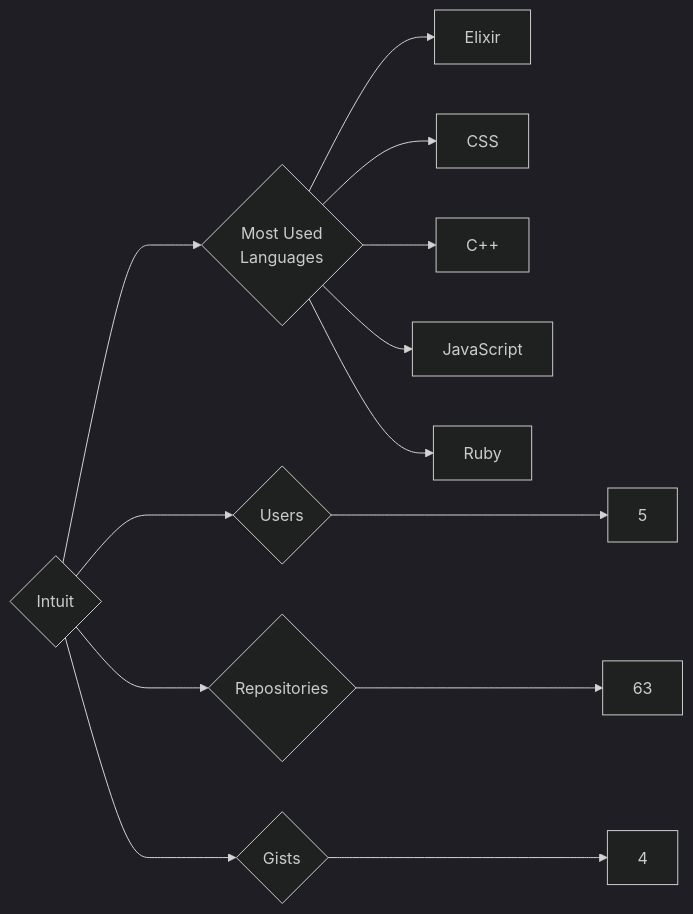
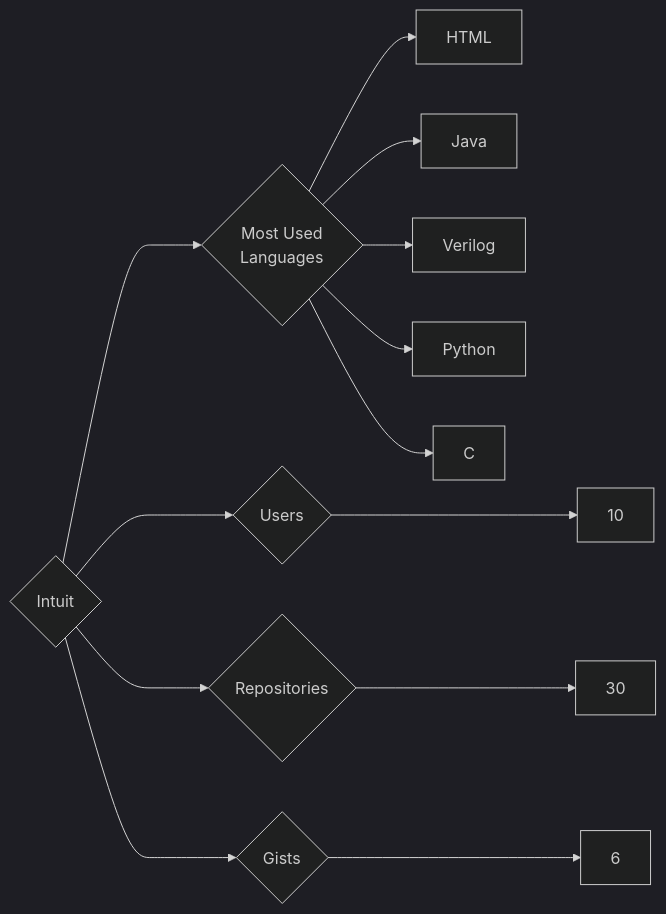
One commit to trickest/insiders changed the diagram in targets/Intuit/README.md. Above: the diagram before and after it, drawn with Mermaid (dark theme). The commit also changed 1170 other files, not shown here.

````diff
--- a/targets/Intuit/README.md
+++ b/targets/Intuit/README.md
@@ -3,13 +3,13 @@
 ```mermaid
 graph LR
 COMPANY_NAME{Intuit}
-COMPANY_NAME ---> U{Users} ---> UN[5]
-COMPANY_NAME ---> R{Repositories} ---> RN[63]
-COMPANY_NAME ---> G{Gists} ---> GN[4]
+COMPANY_NAME ---> U{Users} ---> UN[10]
+COMPANY_NAME ---> R{Repositories} ---> RN[30]
+COMPANY_NAME ---> G{Gists} ---> GN[6]
 COMPANY_NAME ---> ML{Most Used<br>Languages}
-ML --> Elixir[Elixir]
-ML --> CSS[CSS]
-ML --> C++[C++]
-ML --> JavaScript[JavaScript]
-ML --> Ruby[Ruby]
+ML --> HTML[HTML]
+ML --> Java[Java]
+ML --> Verilog[Verilog]
+ML --> Python[Python]
+ML --> C[C]
 ```
````
